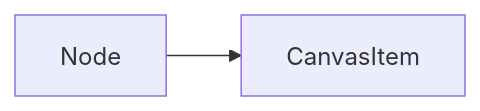
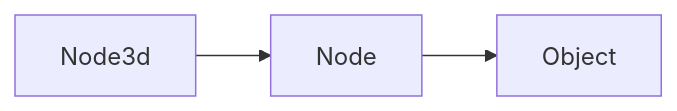
Before and after one commit to euribates/notes: the third of 5 diagrams in source/notes-on-godot.rst, drawn with Mermaid. The commit also changed other lines of this file and 3 other files, not shown here.

```diff
--- a/source/notes-on-godot.rst
+++ b/source/notes-on-godot.rst
@@ -201,5 +1124,5 @@
 .. mermaid::
 
     graph LR
-
-    Node --> CanvasItem;
+    Node3d --> Node;
+    Node --> Object;
```
